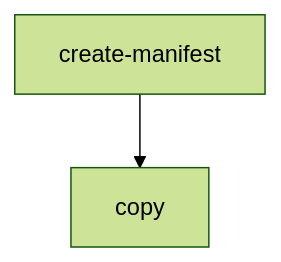
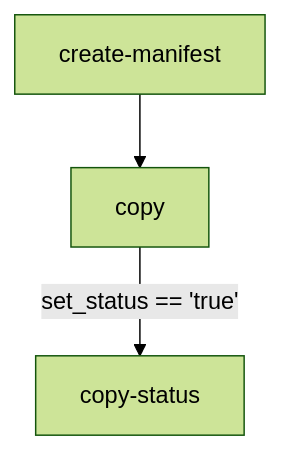
Before and after one commit to linz/topo-workflows: the second of 2 diagrams in workflows/storage/README.md, drawn with Mermaid (forest theme). The commit also changed other lines of this file and 3 other files, not shown here.

````diff
--- a/workflows/storage/README.md
+++ b/workflows/storage/README.md
@@ -49,4 +50,4 @@
 ```mermaid
 graph TD;
-  create-manifest-->copy;
+  create-manifest-->copy-->|set_status == 'true'|copy-status;
 ```
````
